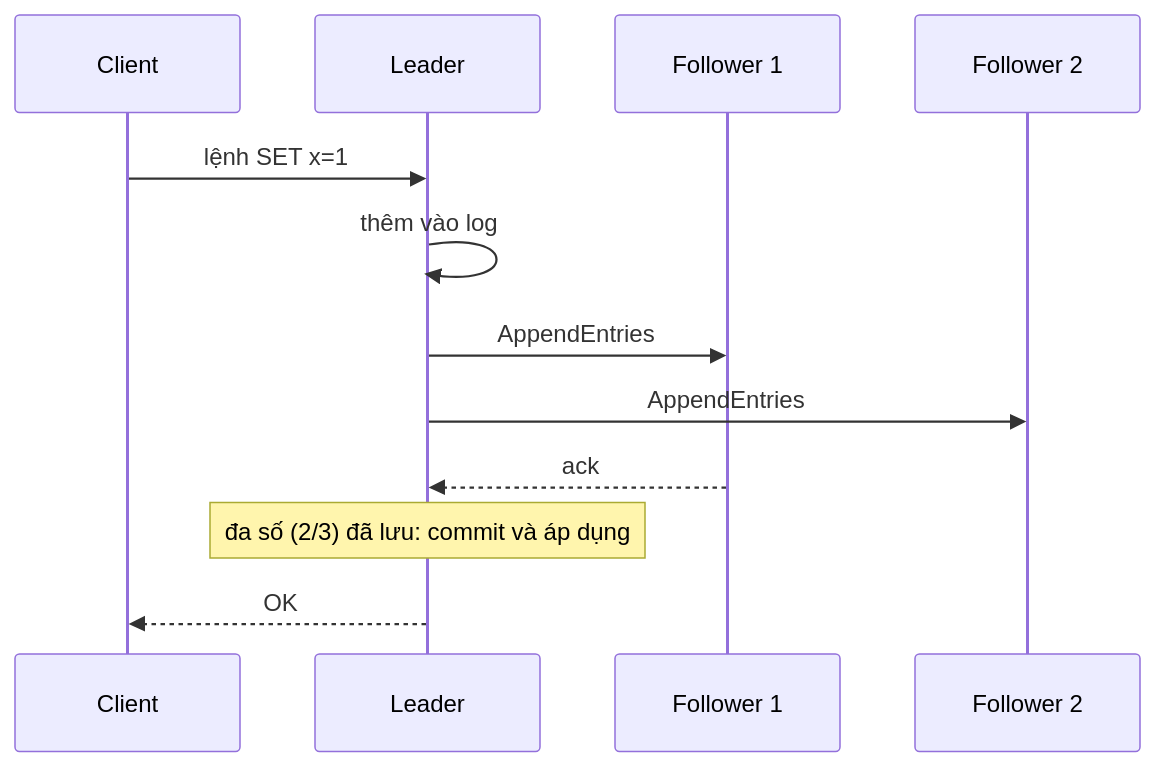
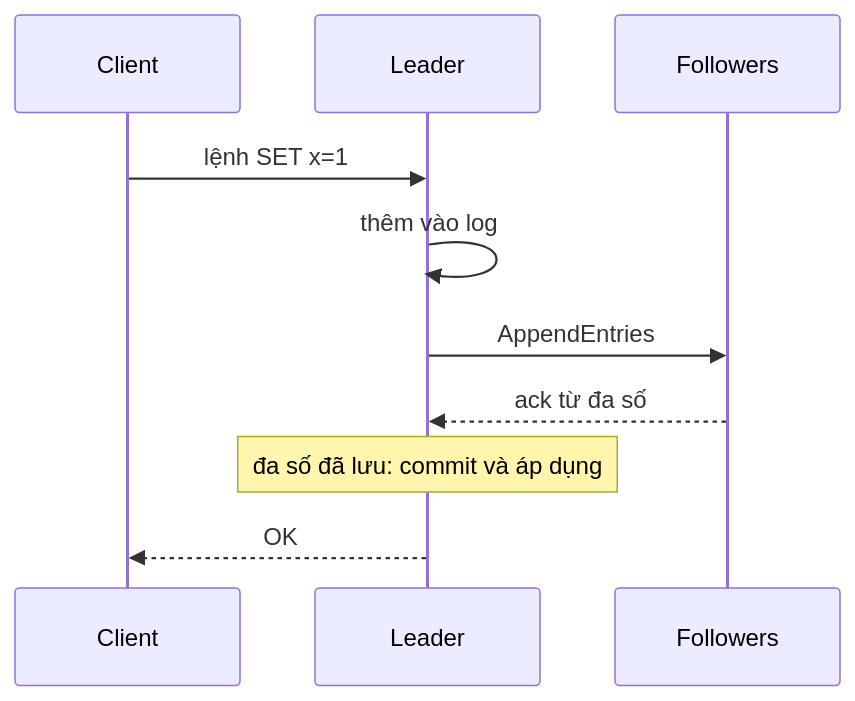
The diagram in src/assets/knowledge/playbooks/distributed/raft-consensus.md (passion-Infinity/personal-tech-playbook), drawn with Mermaid before and after one commit. The commit also changed 4 other files, not shown here.

````diff
--- a/src/assets/knowledge/playbooks/distributed/raft-consensus.md
+++ b/src/assets/knowledge/playbooks/distributed/raft-consensus.md
@@ -34,14 +34,12 @@
 ```mermaid
 sequenceDiagram
     participant C as Client
     participant L as Leader
-    participant F1 as Follower 1
-    participant F2 as Follower 2
+    participant F as Followers
     C->>L: lệnh SET x=1
     L->>L: thêm vào log
-    L->>F1: AppendEntries
-    L->>F2: AppendEntries
-    F1-->>L: ack
-    Note over L: đa số (2/3) đã lưu: commit và áp dụng
+    L->>F: AppendEntries
+    F-->>L: ack từ đa số
+    Note over L: đa số đã lưu: commit và áp dụng
     L-->>C: OK
 ```
````
